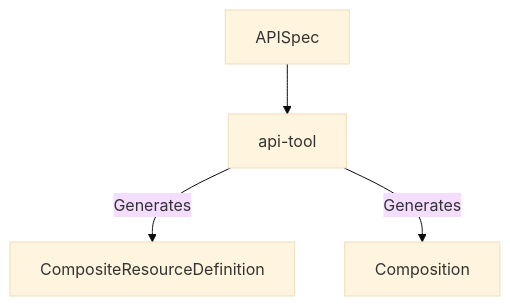
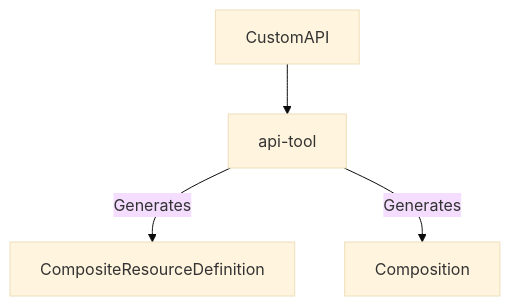
The diagram in README.md (orvis98/custom-api-tool), drawn with Mermaid (base theme) before and after one commit. The commit also changed other lines of this file and 6 other files, not shown here.

Commit message:
Rename #APISpec -> #CustomAPI

````diff
--- a/README.md
+++ b/README.md
@@ -12,6 +12,6 @@
 ```mermaid
 graph TD;
-  APISpec --> api-tool;
+  CustomAPI --> api-tool;
   api-tool -- Generates -->CompositeResourceDefinition;
   api-tool -- Generates -->Composition;
 ```
````
